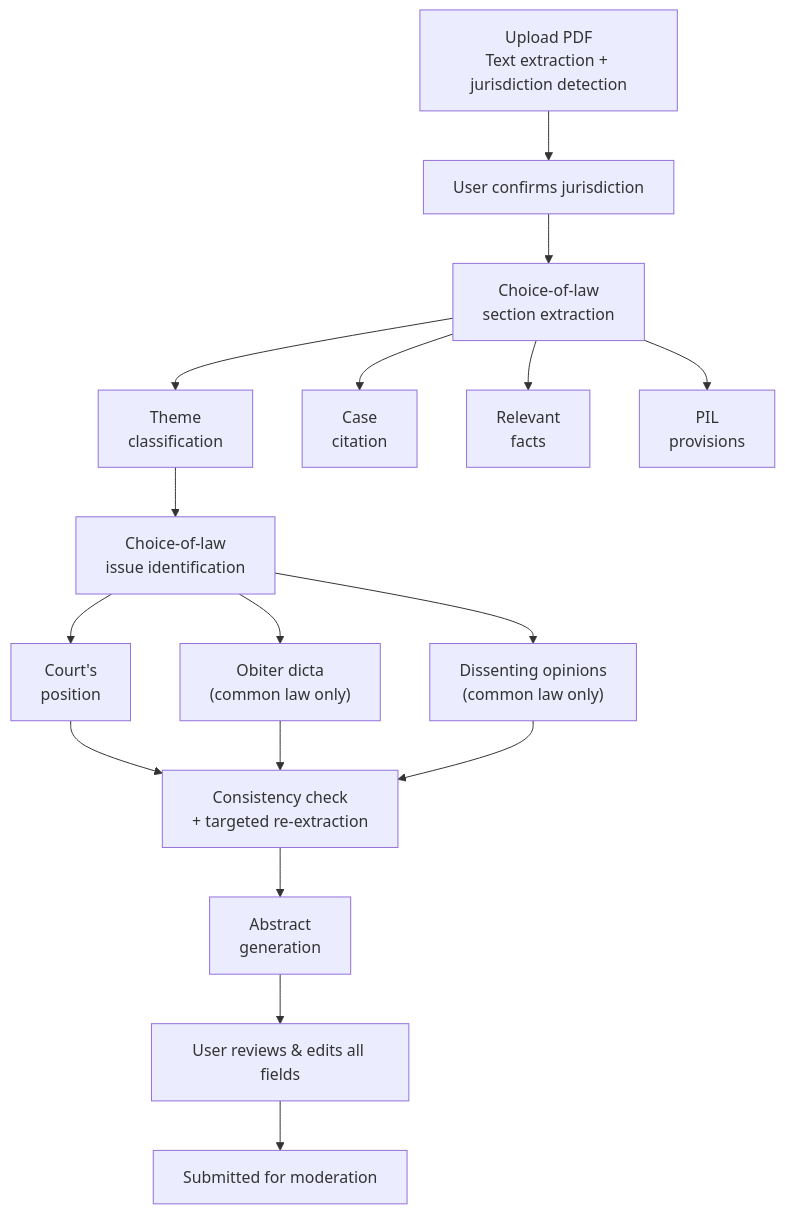
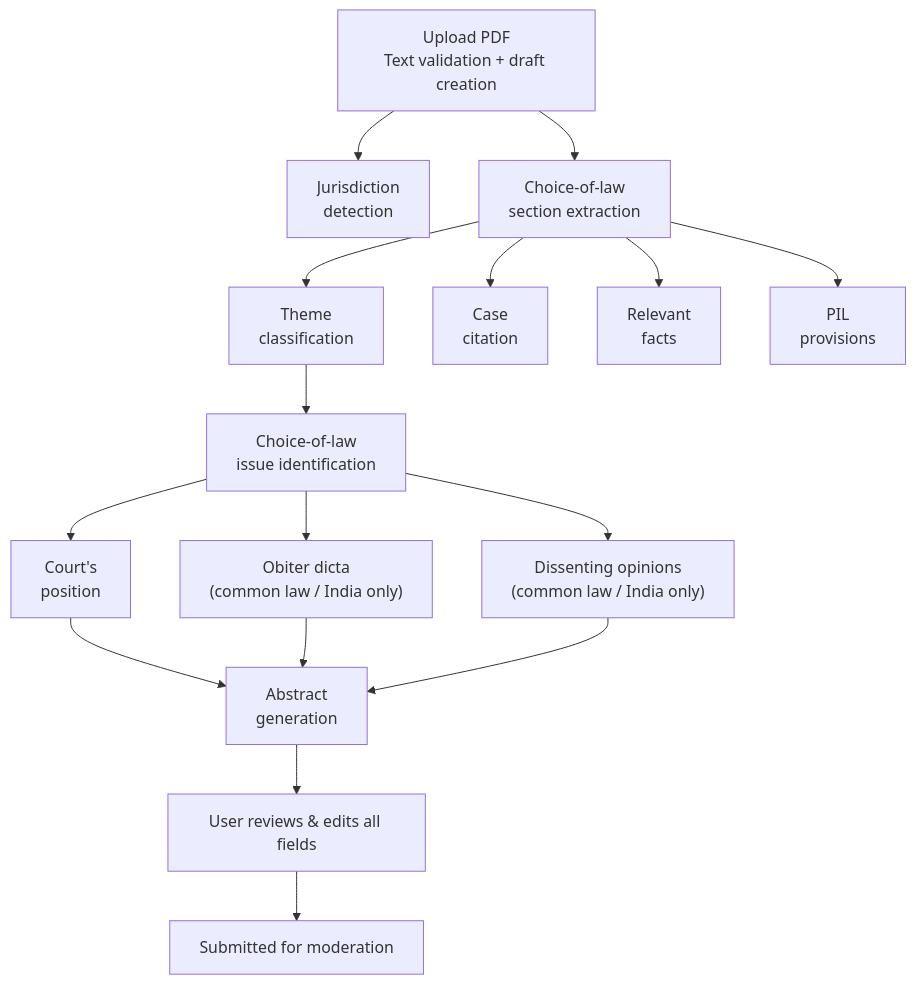
The second of 2 diagrams in README.md (Choice-of-Law-Dataverse/cold-web-app), drawn with Mermaid before and after one commit. The commit also changed other lines of this file and 1 other file, not shown here.

Commit message:
docs: align README + Swagger descriptions with refactored case-analyzer flow
Commit 91818ed5 on main rewrote the README's Case Analyzer section and
the /upload + /analyze OpenAPI descriptions to match the pre-refactor
behaviour: a standalone Confirm Jurisdiction step between upload and
analyze, a serial jurisdiction-then-col_section sequence, and a
consistency-check QA stage. This branch removed all three.

Update the README Case Analyzer section (stages, mermaid diagram,
narrative) to reflect: upload as pure file storage; jurisdiction
detection running in parallel with col_section as analyze stage 1;
abstract as the final synthesis step; and editable jurisdiction on
Review & Submit with a re-run confirmation modal. Also update the
/upload and /analyze docstrings so Swagger matches the actual SSE
event sequence and request schema (no jurisdiction in upload response;
optional jurisdiction override in analyze).

````diff
--- a/README.md
+++ b/README.md
@@ -91,24 +91,23 @@
 ```mermaid
 flowchart TD
-    Upload["Upload PDF\nText extraction + jurisdiction detection"] --> Confirm["User confirms jurisdiction"]
-    Confirm --> CoL["Choice-of-law\nsection extraction"]
+    Upload["Upload PDF\nText validation + draft creation"] --> Stage1Jur["Jurisdiction\ndetection"]
+    Upload --> Stage1CoL["Choice-of-law\nsection extraction"]
 
-    CoL --> Themes["Theme\nclassification"]
-    CoL --> Citation["Case\ncitation"]
-    CoL --> Facts["Relevant\nfacts"]
-    CoL --> PIL["PIL\nprovisions"]
+    Stage1CoL --> Themes["Theme\nclassification"]
+    Stage1CoL --> Citation["Case\ncitation"]
+    Stage1CoL --> Facts["Relevant\nfacts"]
+    Stage1CoL --> PIL["PIL\nprovisions"]
 
     Themes --> Issue["Choice-of-law\nissue identification"]
 
     Issue --> Position["Court's\nposition"]
-    Issue --> Obiter["Obiter dicta\n(common law only)"]
-    Issue --> Dissent["Dissenting opinions\n(common law only)"]
+    Issue --> Obiter["Obiter dicta\n(common law / India only)"]
+    Issue --> Dissent["Dissenting opinions\n(common law / India only)"]
 
-    Position --> QA["Consistency check\n+ targeted re-extraction"]
-    Obiter --> QA
-    Dissent --> QA
+    Position --> Abstract["Abstract\ngeneration"]
+    Obiter --> Abstract
+    Dissent --> Abstract
 
-    QA --> Abstract["Abstract\ngeneration"]
     Abstract --> Review["User reviews & edits all fields"]
     Review --> Submit["Submitted for moderation"]
 ```
````
